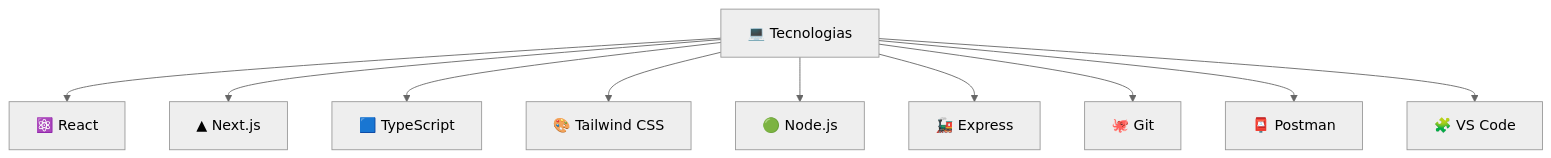
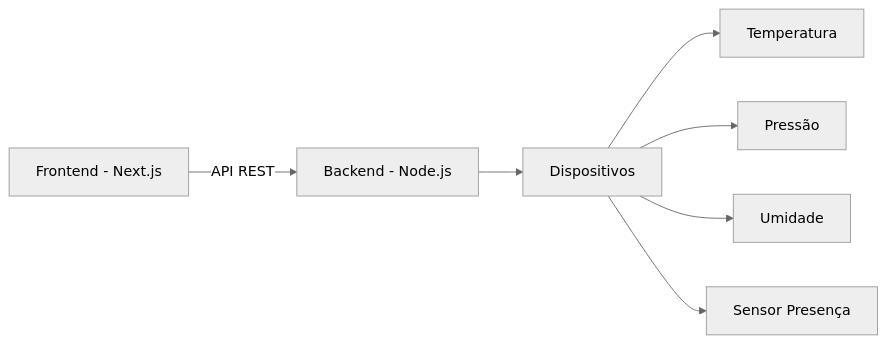
The first of 2 diagrams in README.md (isansales/isabelle_ifaci), drawn with Mermaid (neutral theme) before and after one commit. The commit also changed other lines of this file, not shown here.

````diff
--- a/README.md
+++ b/README.md
@@ -48,17 +37,12 @@
 ```mermaid
-graph TD
+graph LR
 
-A["💻 Tecnologias"]
+A[Frontend - Next.js] -->|API REST| B[Backend - Node.js]
 
-A --> B["⚛️ React"]
-A --> C["▲ Next.js"]
-A --> D["🟦 TypeScript"]
-A --> E["🎨 Tailwind CSS"]
+B --> C[Dispositivos]
 
-A --> F["🟢 Node.js"]
-A --> G["🚂 Express"]
-
-A --> H["🐙 Git"]
-A --> I["📮 Postman"]
-A --> J["🧩 VS Code"]
+C --> D[Temperatura]
+C --> E[Pressão]
+C --> F[Umidade]
+C --> G[Sensor Presença]
 ```
````
